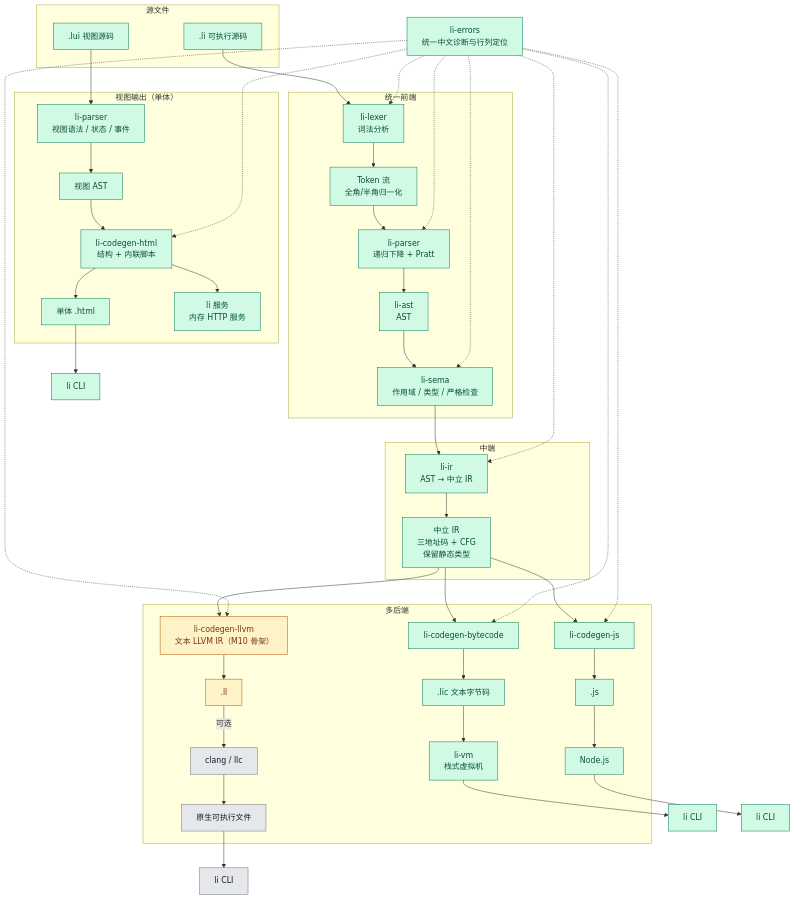
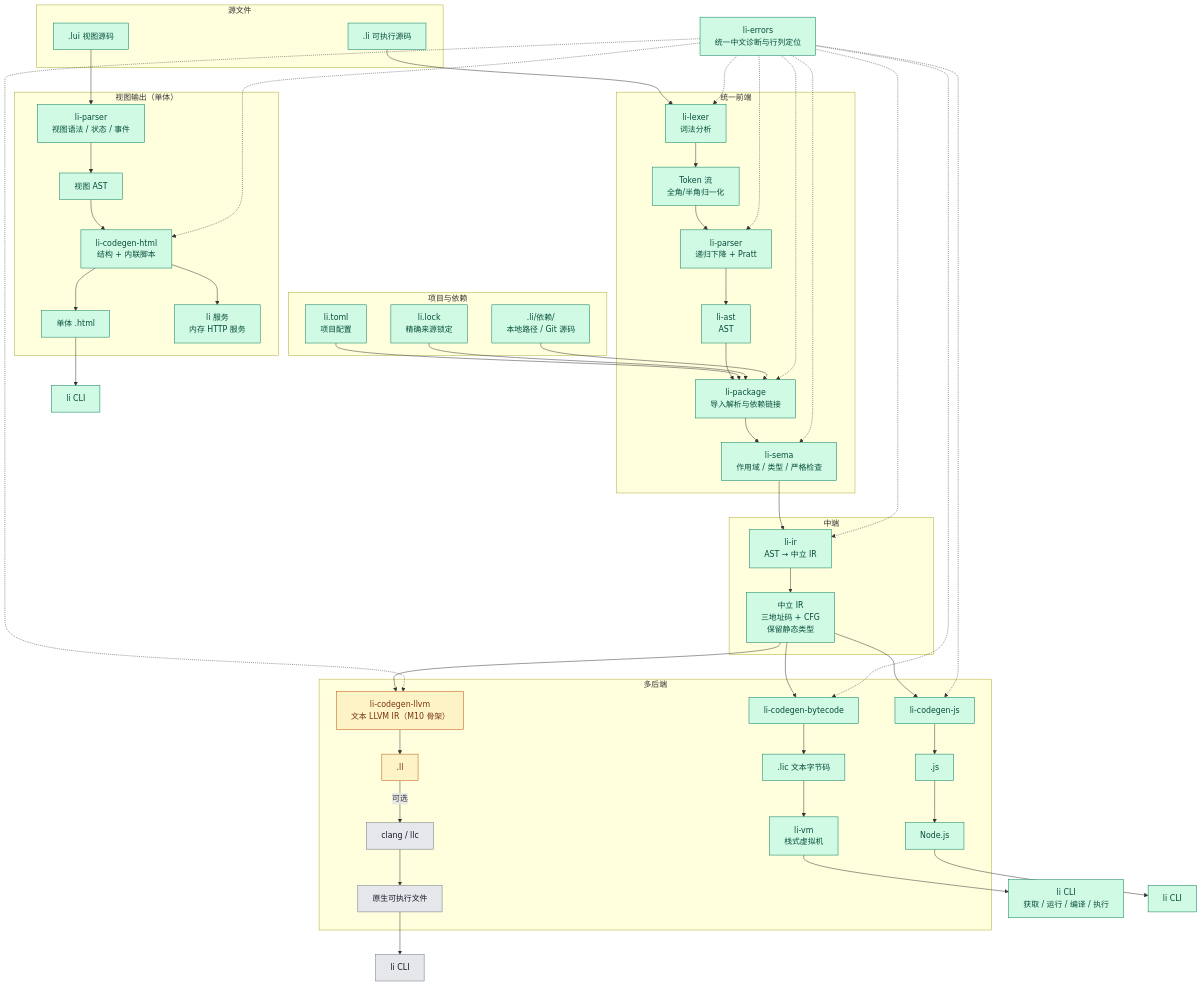
One commit to LiStudioorg/li changed the diagram in 架构图.md. Above: the diagram before and after it, drawn with Mermaid. The commit also changed other lines of this file and 16 other files, not shown here.

```diff
--- a/架构图.md
+++ b/架构图.md
@@ -16,11 +16,18 @@
         LUI[".lui 视图源码"]:::done
     end
 
+    subgraph PACKAGE["项目与依赖"]
+        TOML["li.toml<br/>项目配置"]:::done
+        LOCK["li.lock<br/>精确来源锁定"]:::done
+        DEPS[".li/依赖/<br/>本地路径 / Git 源码"]:::done
+    end
+
     subgraph FRONTEND["统一前端"]
         LEX["li-lexer<br/>词法分析"]:::done
         TOK["Token 流<br/>全角/半角归一化"]:::done
         PAR["li-parser<br/>递归下降 + Pratt"]:::done
         AST["li-ast<br/>AST"]:::done
+        LINK["li-package<br/>导入解析与依赖链接"]:::done
         SEMA["li-sema<br/>作用域 / 类型 / 严格检查"]:::done
     end
 
@@ -58,7 +65,11 @@
     LEX --> TOK
     TOK --> PAR
     PAR --> AST
-    AST --> SEMA
+    AST --> LINK
+    LINK --> SEMA
+    TOML --> LINK
+    LOCK --> LINK
+    DEPS --> LINK
     SEMA --> LOWER
     LOWER --> IR
 
@@ -87,6 +98,7 @@
 
     DIAG -.-> LEX
     DIAG -.-> PAR
+    DIAG -.-> LINK
     DIAG -.-> SEMA
     DIAG -.-> LOWER
     DIAG -.-> BYTECODE
@@ -94,7 +106,7 @@
     DIAG -.-> LLVM
     DIAG -.-> HTML
 
-    CLI1["li CLI"]:::done
+    CLI1["li CLI<br/>获取 / 运行 / 编译 / 执行"]:::done
     CLI2["li CLI"]:::done
     CLI3["li CLI"]:::planned
     CLI4["li CLI"]:::done
```
